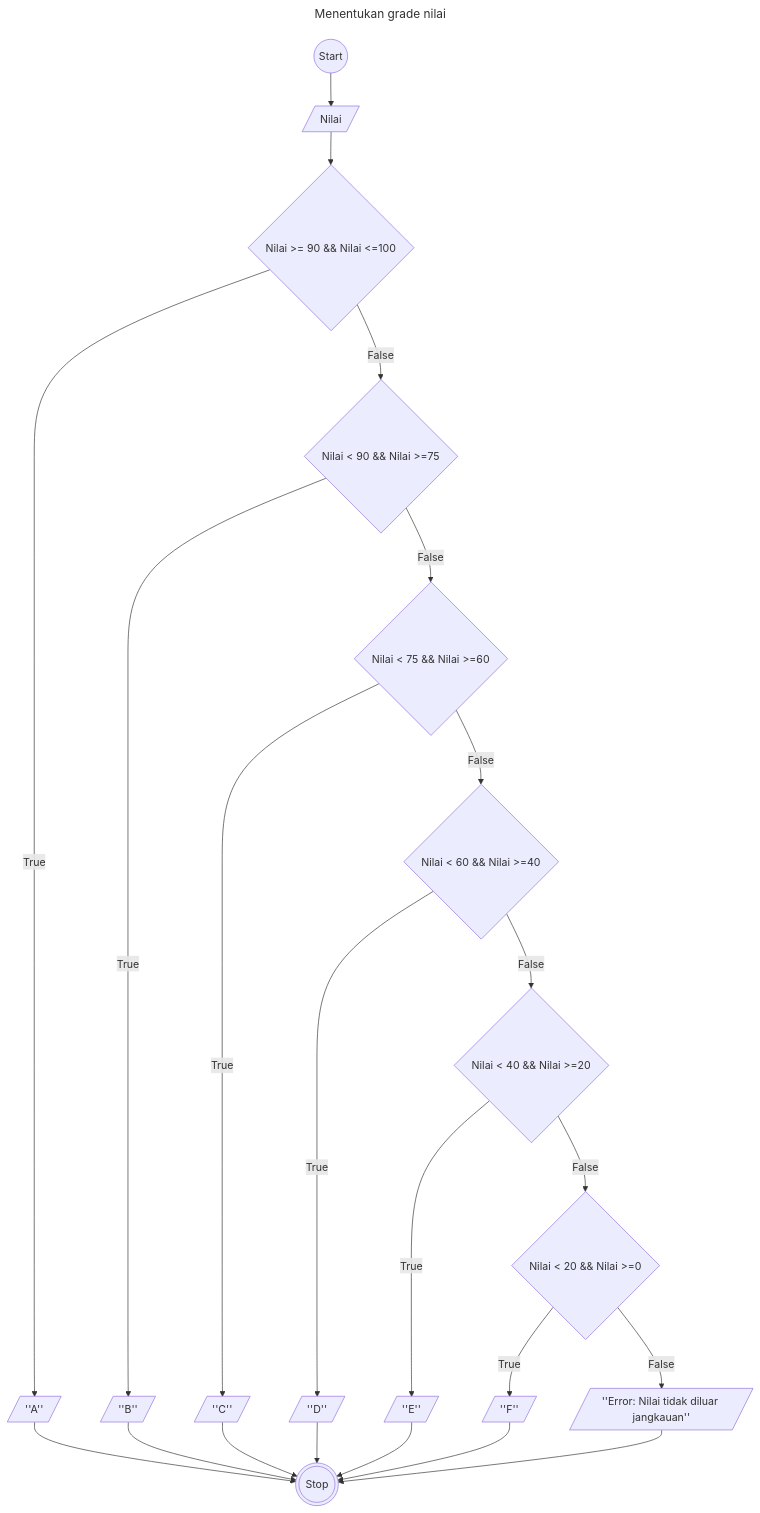
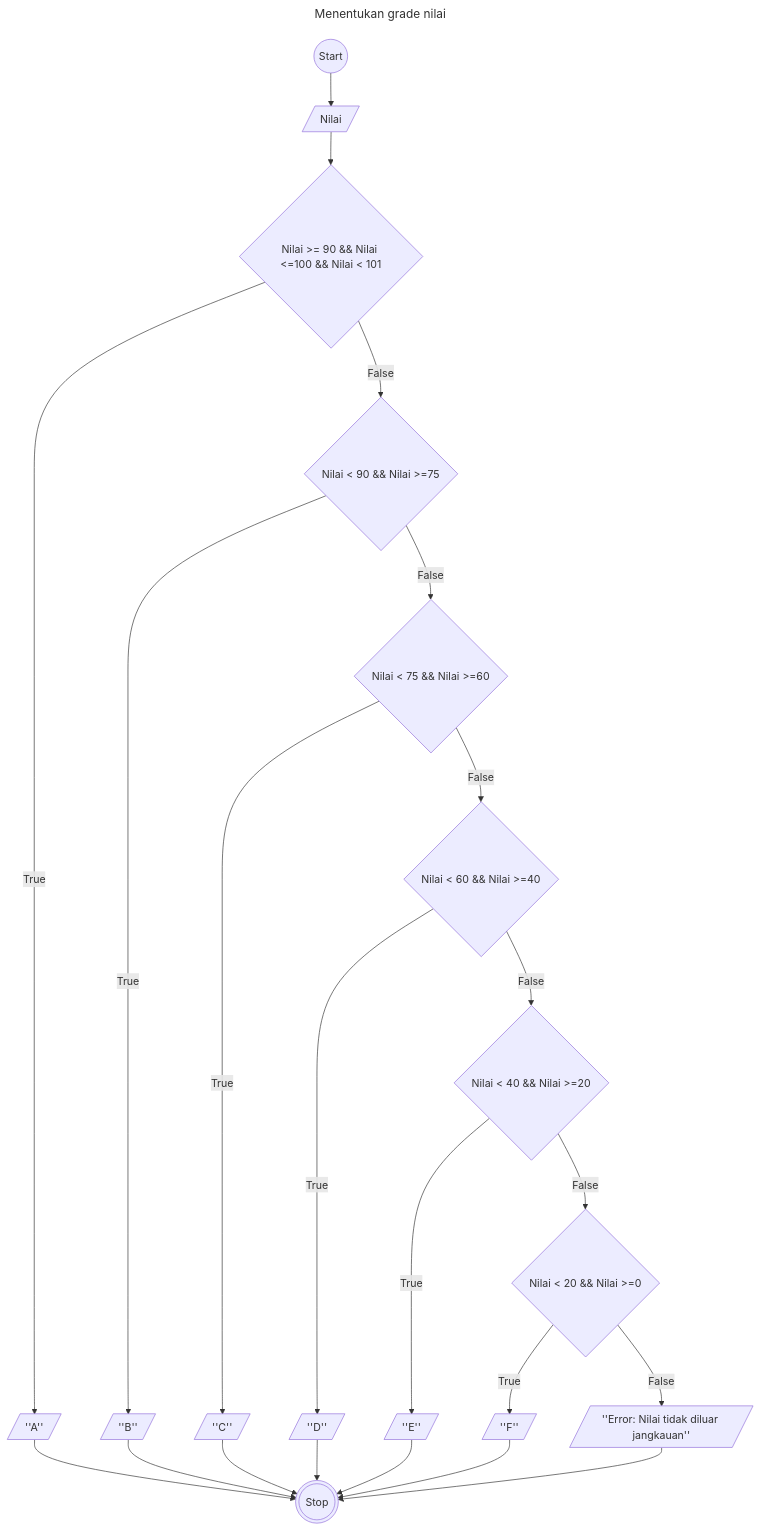
Before and after one commit to ItsnaMaulanaHasan/koda-b4-algoritma: the diagram in minitask9-flowchart.md, drawn with Mermaid.

````diff
--- a/minitask9-flowchart.md
+++ b/minitask9-flowchart.md
@@ -3,31 +3,31 @@
 ```mermaid
 ---
     title: Menentukan grade nilai
 ---
 flowchart TD
     id1((Start))
     id2[/Nilai/]
     id1 --> id2
-    id3{Nilai >= 90 && Nilai <=100}
+    id3{Nilai >= 90 && Nilai <=100 && Nilai < 101}
     id4{Nilai < 90 && Nilai >=75}
     id5{Nilai < 75 && Nilai >=60}
     id6{Nilai < 60 && Nilai >=40}
     id7{Nilai < 40 && Nilai >=20}
     id8{Nilai < 20 && Nilai >=0}
     id2 --> id3
     id3 -- False --> id4
     id4 -- False --> id5
     id5 -- False --> id6
     id6 -- False --> id7
     id7 -- False --> id8
     id8 -- False --> id9[/''Error: Nilai tidak diluar jangkauan''/]
     id3 -- True --> id10[/''A''/] --> id16
     id4 -- True --> id11[/''B''/] --> id16
     id5 -- True --> id12[/''C''/] --> id16
     id6 -- True --> id13[/''D''/] --> id16
     id7 -- True --> id14[/''E''/] --> id16
     id8 -- True --> id15[/''F''/] --> id16
     id9 --> id16
     id16(((Stop)))
     
 ```
````
